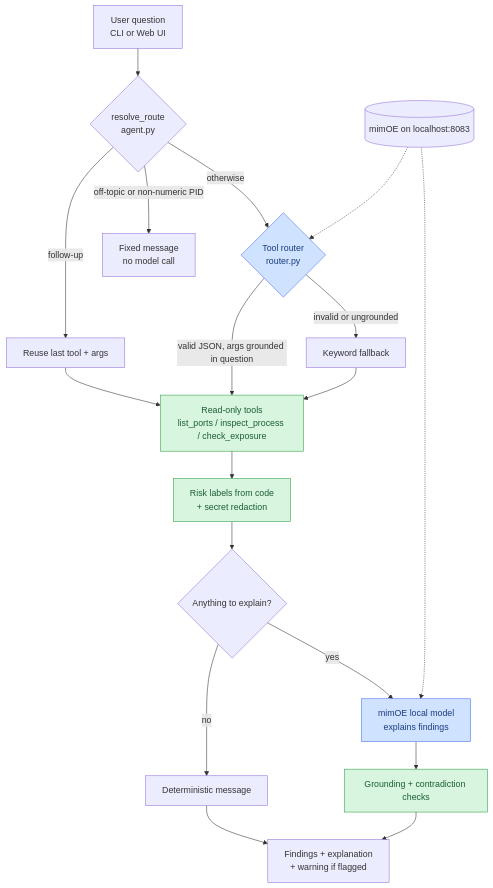
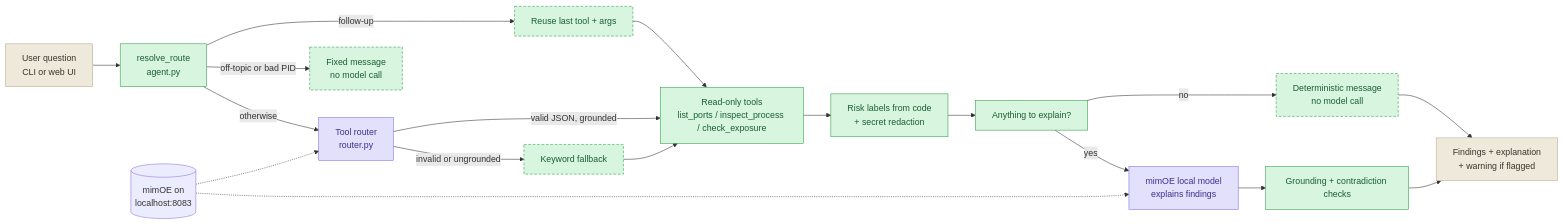
Before and after one commit to ghazalb76/mimoe-port-check: the first of 3 diagrams in README.md, drawn with Mermaid. The commit also changed other lines of this file, not shown here.

Commit message:
Restyle the architecture diagram: horizontal flow, cream/purple/green palette
Left-to-right main path with side/fallback branches (follow-up reuse,
off-topic/invalid-PID, keyword fallback, deterministic reply) dropping
below as dashed boxes and rejoining downstream, matching a reference
style. Purple marks the two model-touching steps, solid green marks
main-path code steps, dashed green marks side paths, cream bookends the
entry and final result. Same facts as the previous version, verified by
rendering with @mermaid-js/mermaid-cli before committing.

````diff
--- a/README.md
+++ b/README.md
@@ -61,25 +61,32 @@
 ```mermaid
-flowchart TD
-    Q[User question<br/>CLI or Web UI] --> A{resolve_route<br/>agent.py}
-    A -- follow-up --> CTX[Reuse last tool + args]
-    A -- off-topic or non-numeric PID --> FIX[Fixed message<br/>no model call]
-    A -- otherwise --> R{Tool router<br/>router.py}
-    R -- valid JSON, args grounded in question --> T
-    R -- invalid or ungrounded --> KW[Keyword fallback] --> T
-    CTX --> T[Read-only tools<br/>list_ports / inspect_process / check_exposure]
-    T --> RISK[Risk labels from code<br/>+ secret redaction]
-    RISK --> N{Anything to explain?}
-    N -- no --> DET[Deterministic message]
-    N -- yes --> M[mimOE local model<br/>explains findings]
-    M --> G[Grounding + contradiction checks]
-    G --> OUT[Findings + explanation<br/>+ warning if flagged]
-    DET --> OUT
+flowchart LR
+    Q[User question<br/>CLI or web UI] --> A
+    A[resolve_route<br/>agent.py] -- otherwise --> R
+    A -- follow-up --> CTX
+    A -- off-topic or bad PID --> FIX
+    CTX[Reuse last tool + args] --> T
+    FIX[Fixed message<br/>no model call]
+    R[Tool router<br/>router.py] -- valid JSON, grounded --> T
+    R -- invalid or ungrounded --> KW
+    KW[Keyword fallback] --> T
+    T[Read-only tools<br/>list_ports / inspect_process / check_exposure] --> RISK
+    RISK[Risk labels from code<br/>+ secret redaction] --> N
+    N[Anything to explain?] -- yes --> M
+    N -- no --> DET
+    DET[Deterministic message<br/>no model call] --> OUT
+    M[mimOE local model<br/>explains findings] --> G
+    G[Grounding + contradiction checks] --> OUT
+    OUT[Findings + explanation<br/>+ warning if flagged]
 
-    MIMOE[(mimOE on localhost:8083)] -.-> R
+    MIMOE[(mimOE on<br/>localhost:8083)] -.-> R
     MIMOE -.-> M
 
-    classDef modelStep fill:#cfe2ff,stroke:#4c6fef,color:#1a3d7c;
+    classDef entryStep fill:#efe9dc,stroke:#b8ae95,color:#3a3428;
+    classDef modelStep fill:#e3e0fb,stroke:#7c6fea,color:#3d2f8f;
     classDef codeStep fill:#d7f5df,stroke:#2f9e44,color:#1b5e33;
+    classDef sideStep fill:#d7f5df,stroke:#2f9e44,color:#1b5e33,stroke-dasharray: 5 3;
+    class Q,OUT entryStep;
     class R,M modelStep;
-    class T,RISK,G codeStep;
+    class A,T,RISK,N,G codeStep;
+    class CTX,FIX,KW,DET sideStep;
 ```
````
